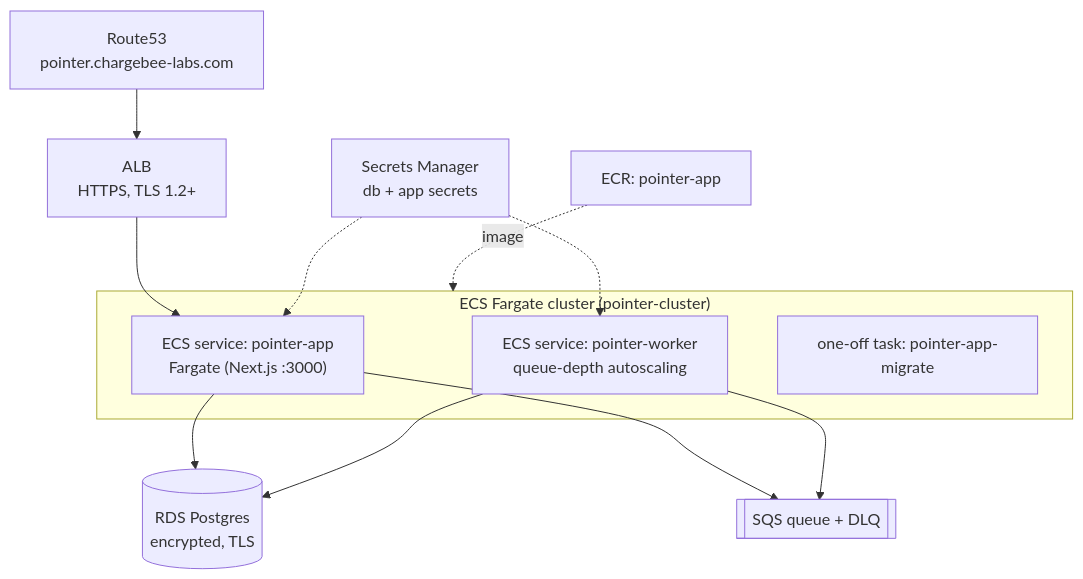
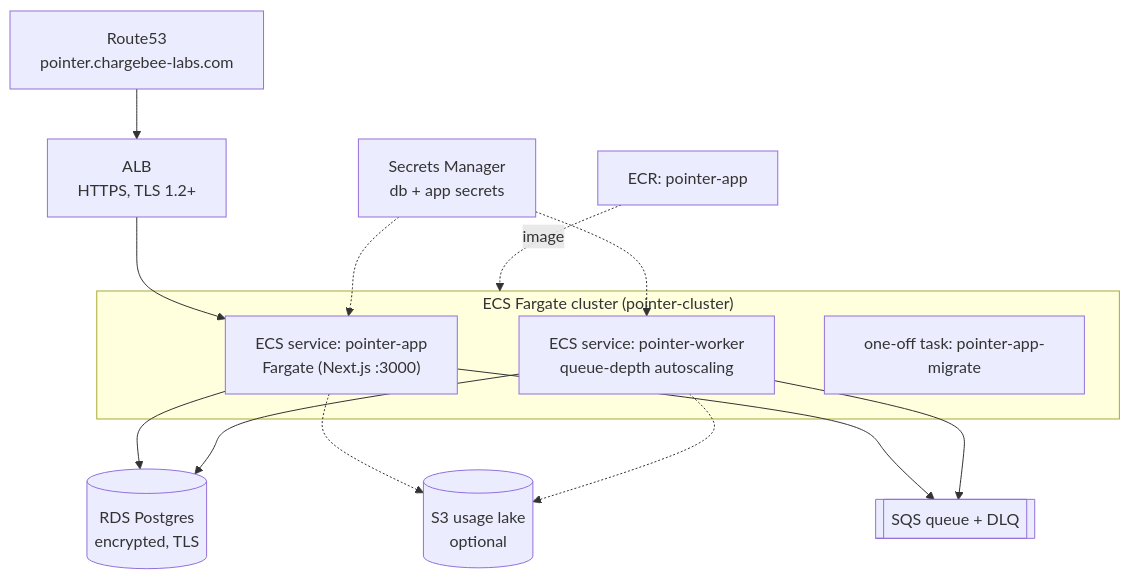
The second of 2 diagrams in pointer/ARCHITECTURE.md (chargebee/reference-architecture), drawn with Mermaid before and after one commit. The commit also changed other lines of this file and 25 other files, not shown here.

````diff
--- a/pointer/ARCHITECTURE.md
+++ b/pointer/ARCHITECTURE.md
@@ -156,17 +165,19 @@
 ```mermaid
 flowchart TB
     Route53["Route53<br/>pointer.chargebee-labs.com"] --> ALB["ALB<br/>HTTPS, TLS 1.2+"]
     ALB --> AppSvc["ECS service: pointer-app<br/>Fargate (Next.js :3000)"]
     subgraph ECS["ECS Fargate cluster (pointer-cluster)"]
         AppSvc
         WorkerSvc["ECS service: pointer-worker<br/>queue-depth autoscaling"]
         Migrate["one-off task: pointer-app-migrate"]
     end
     AppSvc --> RDS[("RDS Postgres<br/>encrypted, TLS")]
     WorkerSvc --> RDS
+    AppSvc -.-> S3[("S3 usage lake<br/>optional")]
+    WorkerSvc -.-> S3
     AppSvc --> SQS[["SQS queue + DLQ"]]
     WorkerSvc --> SQS
     Secrets["Secrets Manager<br/>db + app secrets"] -.-> AppSvc
     Secrets -.-> WorkerSvc
     ECR["ECR: pointer-app"] -.image.-> ECS
 ```
````
